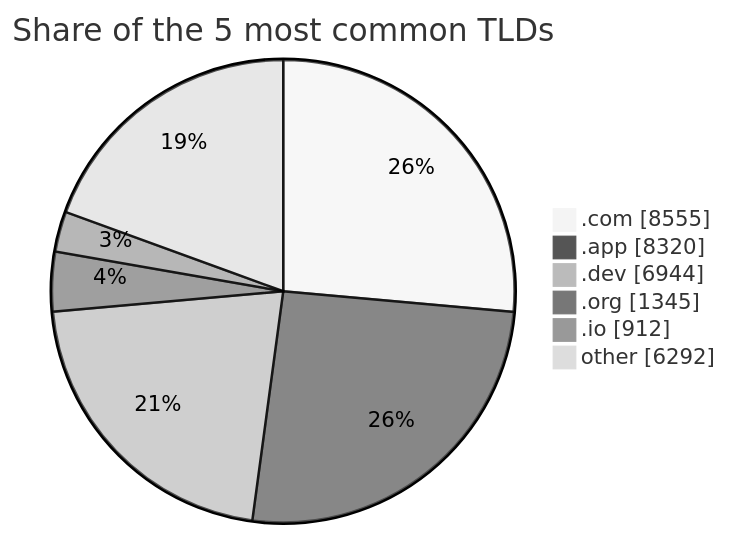
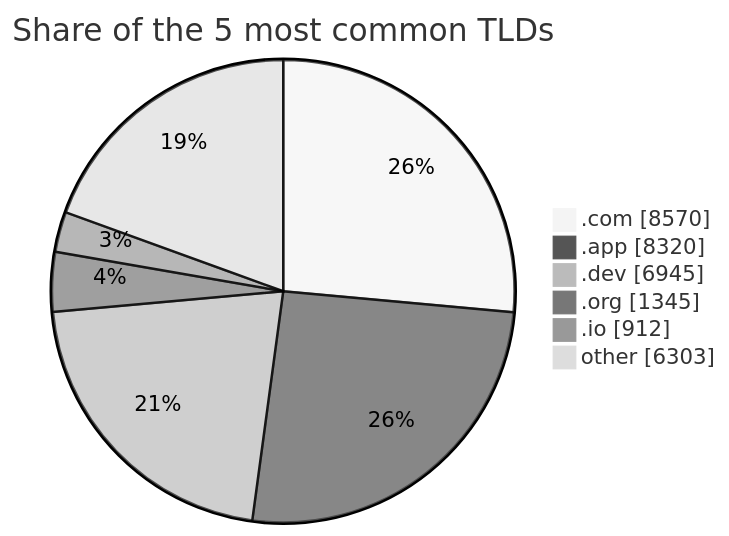
Before and after one commit to DNSBunker/CTI: the second of 2 diagrams in README.md, drawn with Mermaid (neutral theme). The commit also changed other lines of this file and 3 other files, not shown here.

````diff
--- a/README.md
+++ b/README.md
@@ -72,9 +72,9 @@
 ```mermaid
 pie showData title Share of the 5 most common TLDs
-    ".com" : 8555
+    ".com" : 8570
     ".app" : 8320
-    ".dev" : 6944
+    ".dev" : 6945
     ".org" : 1345
     ".io" : 912
-    "other" : 6292
+    "other" : 6303
 ```
````
